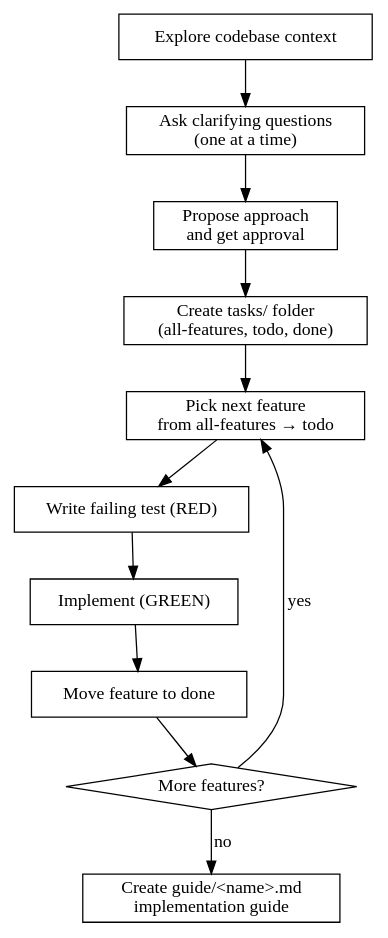
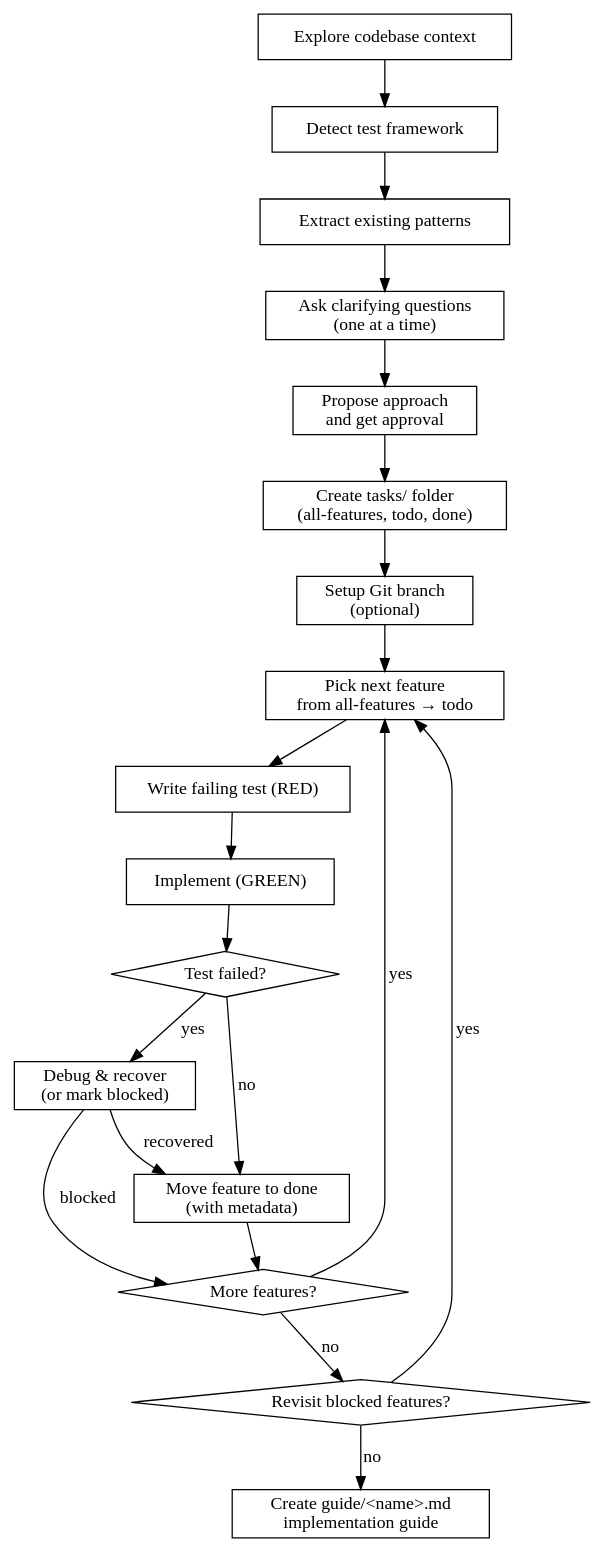
One commit to jattanjie21/plan-and-build changed the diagram in SKILL.md. Above: the diagram before and after it, drawn with Graphviz. The commit also changed other lines of this file, not shown here.

Commit message:
Enhance SKILL.md with new phases for test framework detection and feature implementation. Introduced decision rules, updated workflow diagram, and added metadata for completed features.

````diff
--- a/SKILL.md
+++ b/SKILL.md
@@ -25,26 +25,41 @@
 ```dot
 digraph plan_and_build {
     rankdir=TB;
     "Explore codebase context" [shape=box];
+    "Detect test framework" [shape=box];
+    "Extract existing patterns" [shape=box];
     "Ask clarifying questions\n(one at a time)" [shape=box];
     "Propose approach\nand get approval" [shape=box];
     "Create tasks/ folder\n(all-features, todo, done)" [shape=box];
+    "Setup Git branch\n(optional)" [shape=box];
     "Pick next feature\nfrom all-features → todo" [shape=box];
     "Write failing test (RED)" [shape=box];
     "Implement (GREEN)" [shape=box];
-    "Move feature to done" [shape=box];
+    "Test failed?" [shape=diamond];
+    "Debug & recover\n(or mark blocked)" [shape=box];
+    "Move feature to done\n(with metadata)" [shape=box];
     "More features?" [shape=diamond];
+    "Revisit blocked features?" [shape=diamond];
     "Create guide/<name>.md\nimplementation guide" [shape=box];
 
-    "Explore codebase context" -> "Ask clarifying questions\n(one at a time)";
+    "Explore codebase context" -> "Detect test framework";
+    "Detect test framework" -> "Extract existing patterns";
+    "Extract existing patterns" -> "Ask clarifying questions\n(one at a time)";
     "Ask clarifying questions\n(one at a time)" -> "Propose approach\nand get approval";
     "Propose approach\nand get approval" -> "Create tasks/ folder\n(all-features, todo, done)";
-    "Create tasks/ folder\n(all-features, todo, done)" -> "Pick next feature\nfrom all-features → todo";
+    "Create tasks/ folder\n(all-features, todo, done)" -> "Setup Git branch\n(optional)";
+    "Setup Git branch\n(optional)" -> "Pick next feature\nfrom all-features → todo";
     "Pick next feature\nfrom all-features → todo" -> "Write failing test (RED)";
     "Write failing test (RED)" -> "Implement (GREEN)";
-    "Implement (GREEN)" -> "Move feature to done";
-    "Move feature to done" -> "More features?" ;
+    "Implement (GREEN)" -> "Test failed?";
+    "Test failed?" -> "Debug & recover\n(or mark blocked)" [label="yes"];
+    "Test failed?" -> "Move feature to done\n(with metadata)" [label="no"];
+    "Debug & recover\n(or mark blocked)" -> "Move feature to done\n(with metadata)" [label="recovered"];
+    "Debug & recover\n(or mark blocked)" -> "More features?" [label="blocked"];
+    "Move feature to done\n(with metadata)" -> "More features?";
     "More features?" -> "Pick next feature\nfrom all-features → todo" [label="yes"];
-    "More features?" -> "Create guide/<name>.md\nimplementation guide" [label="no"];
+    "More features?" -> "Revisit blocked features?" [label="no"];
+    "Revisit blocked features?" -> "Pick next feature\nfrom all-features → todo" [label="yes"];
+    "Revisit blocked features?" -> "Create guide/<name>.md\nimplementation guide" [label="no"];
 }
 ```
````
